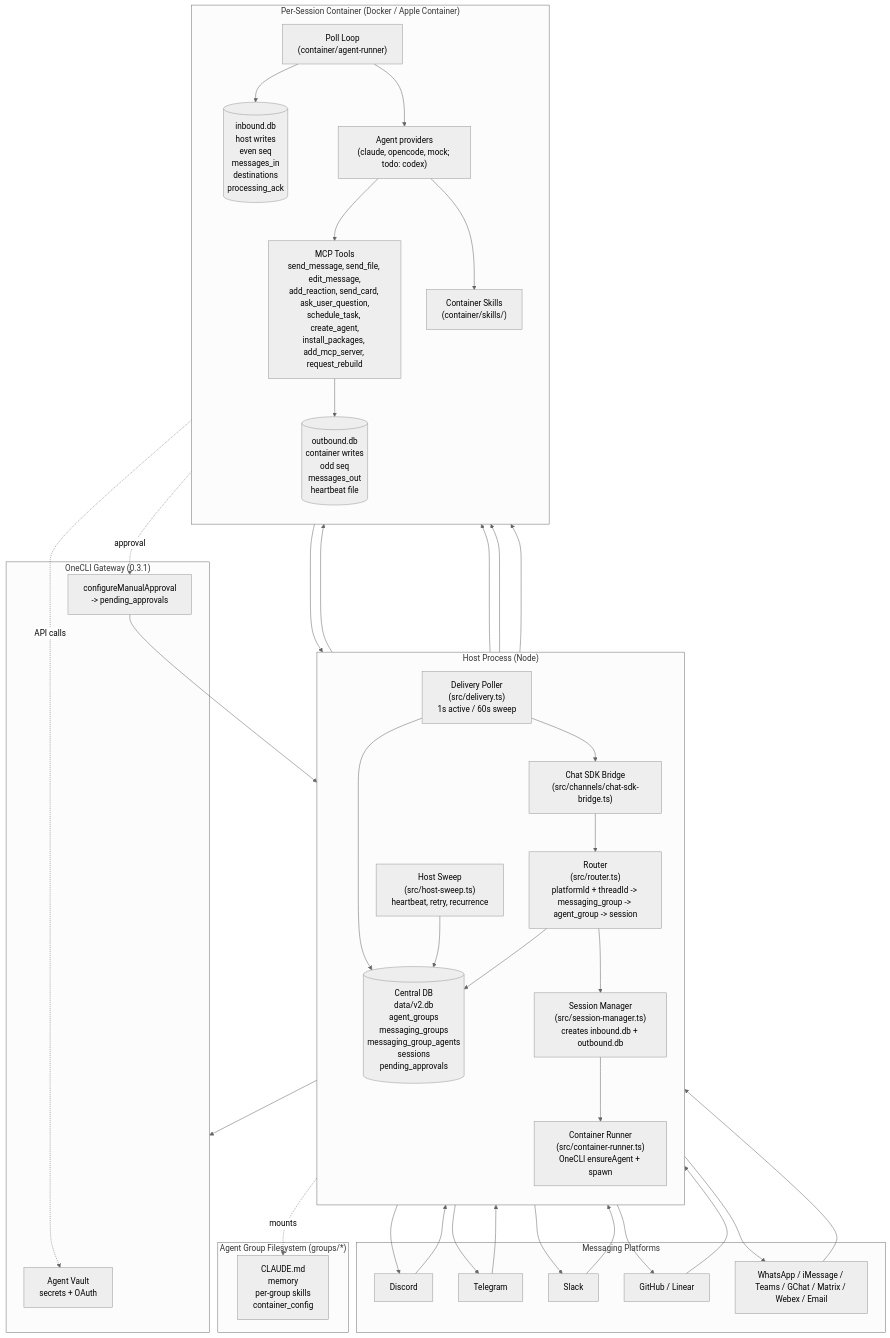
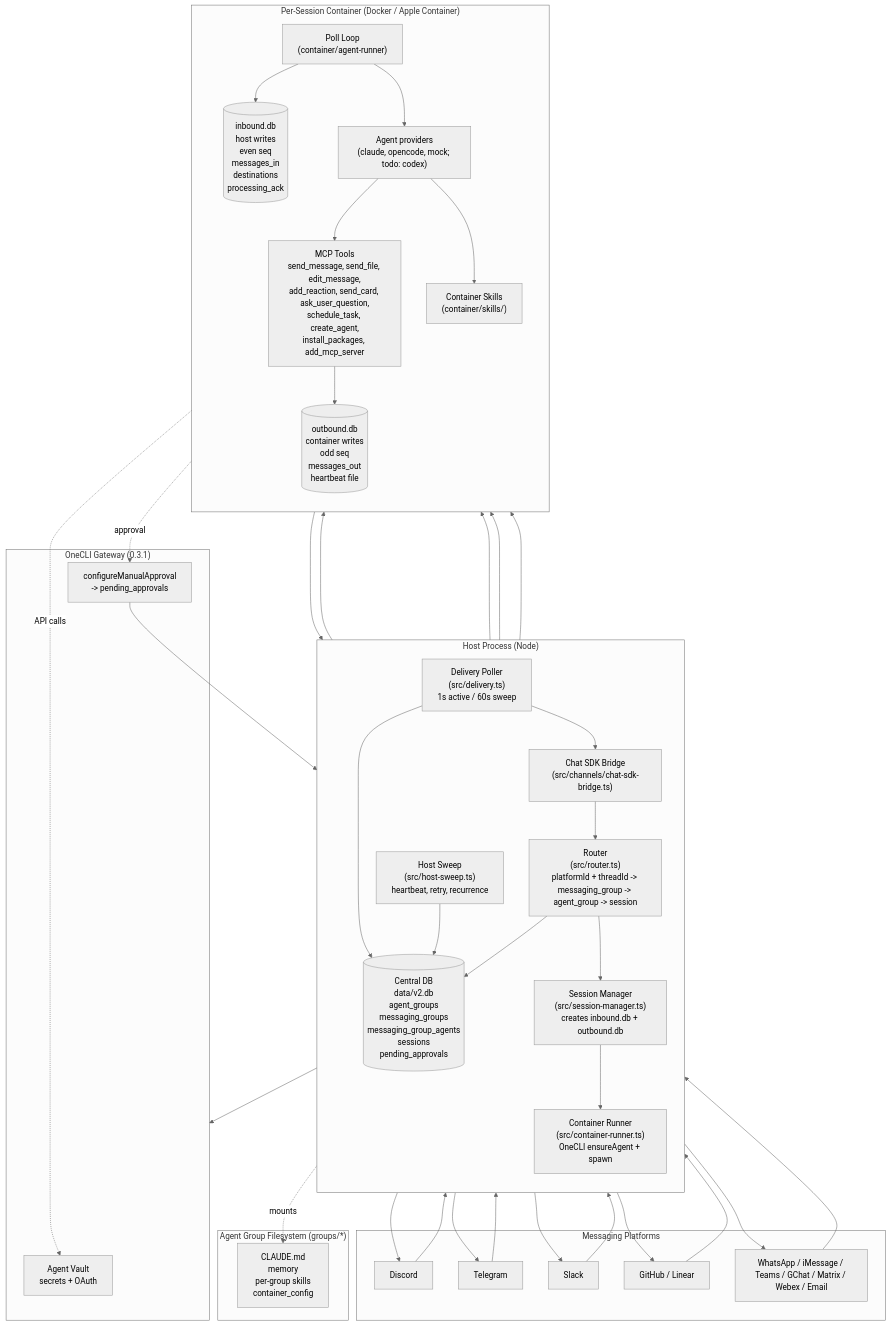
Before and after one commit to anupsinghinfra/oncellclaw: the first of 5 diagrams in docs/architecture-diagram.md, drawn with Mermaid (neutral theme). The commit also changed 19 other files, not shown here.

First line of the commit message:
refactor(self-mod): drop request_rebuild — approvals now bundle rebuild+restart

````diff
--- a/docs/architecture-diagram.md
+++ b/docs/architecture-diagram.md
@@ -5,65 +5,65 @@
 ```mermaid
 flowchart TB
   subgraph Platforms["Messaging Platforms"]
     P1[Discord]
     P2[Telegram]
     P3[Slack]
     P4[GitHub / Linear]
     P5[WhatsApp / iMessage / Teams / GChat / Matrix / Webex / Email]
   end
 
   subgraph Host["Host Process (Node)"]
     direction TB
     Bridge["Chat SDK Bridge<br/>(src/channels/chat-sdk-bridge.ts)"]
     Router["Router<br/>(src/router.ts)<br/>platformId + threadId -> messaging_group -> agent_group -> session"]
     SessMgr["Session Manager<br/>(src/session-manager.ts)<br/>creates inbound.db + outbound.db"]
     Runner["Container Runner<br/>(src/container-runner.ts)<br/>OneCLI ensureAgent + spawn"]
     Delivery["Delivery Poller<br/>(src/delivery.ts)<br/>1s active / 60s sweep"]
     Sweep["Host Sweep<br/>(src/host-sweep.ts)<br/>heartbeat, retry, recurrence"]
     Central[("Central DB<br/>data/v2.db<br/>agent_groups<br/>messaging_groups<br/>messaging_group_agents<br/>sessions<br/>pending_approvals")]
   end
 
   subgraph OneCLI["OneCLI Gateway (0.3.1)"]
     Vault["Agent Vault<br/>secrets + OAuth"]
     Approvals["configureManualApproval<br/>-> pending_approvals"]
   end
 
   subgraph Session["Per-Session Container (Docker / Apple Container)"]
     direction TB
     PollLoop["Poll Loop<br/>(container/agent-runner)"]
     Provider["Agent providers<br/>(claude, opencode, mock; todo: codex)"]
-    MCP["MCP Tools<br/>send_message, send_file, edit_message,<br/>add_reaction, send_card, ask_user_question,<br/>schedule_task, create_agent,<br/>install_packages, add_mcp_server, request_rebuild"]
+    MCP["MCP Tools<br/>send_message, send_file, edit_message,<br/>add_reaction, send_card, ask_user_question,<br/>schedule_task, create_agent,<br/>install_packages, add_mcp_server"]
     Skills["Container Skills<br/>(container/skills/)"]
     InDB[("inbound.db<br/>host writes<br/>even seq<br/>messages_in<br/>destinations<br/>processing_ack")]
     OutDB[("outbound.db<br/>container writes<br/>odd seq<br/>messages_out<br/>heartbeat file")]
   end
 
   subgraph Groups["Agent Group Filesystem (groups/*)"]
     Folder["CLAUDE.md<br/>memory<br/>per-group skills<br/>container_config"]
   end
 
   P1 & P2 & P3 & P4 & P5 --> Bridge
   Bridge --> Router
   Router --> Central
   Router --> SessMgr
   SessMgr --> InDB
   SessMgr --> Runner
   Runner --> OneCLI
   Runner --> PollLoop
   PollLoop --> InDB
   PollLoop --> Provider
   Provider --> MCP
   Provider --> Skills
   MCP --> OutDB
   OutDB --> Delivery
   Delivery --> Central
   Delivery --> Bridge
   Bridge --> P1 & P2 & P3 & P4 & P5
   Sweep --> InDB
   Sweep --> OutDB
   Sweep --> Central
   Runner -.mounts.-> Folder
   MCP -.approval.-> Approvals
   Approvals --> Central
   Provider -.API calls.-> Vault
 ```
````
